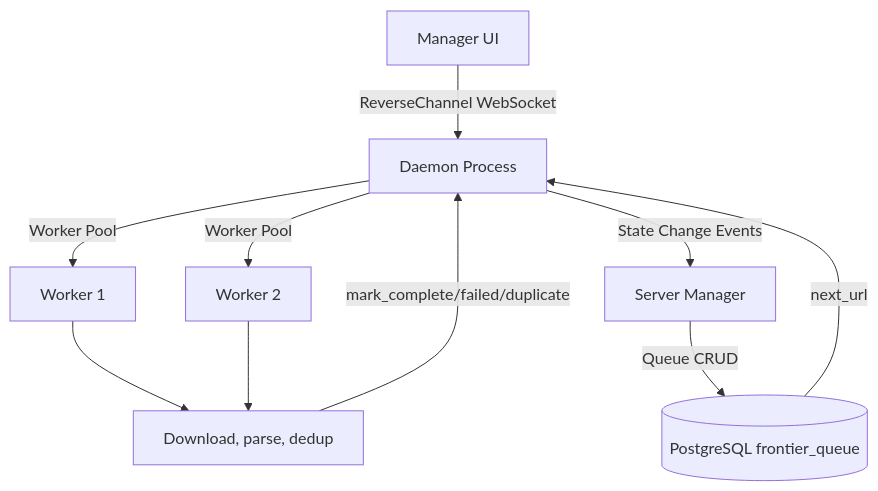
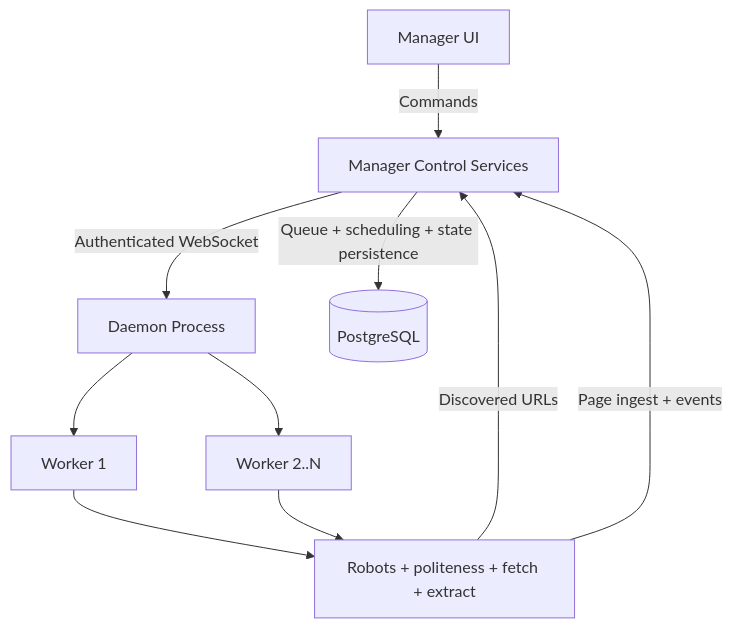
One commit to TiborKoderman/EIPS-TT changed the first of 3 diagrams in pa1/crawler/crawler.md. Above: the diagram before and after it, drawn with Mermaid. The commit also changed other lines of this file and 22 other files, not shown here.

First line of the commit message:
Refactor crawler architecture: remove standalone mode, streamline daemon entry points, and enhance local fallback configuration

````diff
--- a/pa1/crawler/crawler.md
+++ b/pa1/crawler/crawler.md
@@ -87,12 +49,12 @@
 ```mermaid
 flowchart TD
-    A[Manager UI] -->|ReverseChannel WebSocket| B[Daemon Process]
-    C[Server Manager] -->|Queue CRUD| D[(PostgreSQL frontier_queue)]
-    D -->|next_url| B
-    B -->|Worker Pool| E[Worker 1]
-    B -->|Worker Pool| F[Worker 2]
-    E --> G[Download, parse, dedup]
-    F --> G
-    G -->|mark_complete/failed/duplicate| B
-    B -->|State Change Events| C
+    A[Manager UI] -->|Commands| B[Manager Control Services]
+    B -->|Authenticated WebSocket| C[Daemon Process]
+    C --> D[Worker 1]
+    C --> E[Worker 2..N]
+    D --> F[Robots + politeness + fetch + extract]
+    E --> F
+    F -->|Discovered URLs| B
+    F -->|Page ingest + events| B
+    B -->|Queue + scheduling + state persistence| G[(PostgreSQL)]
 ```
````
